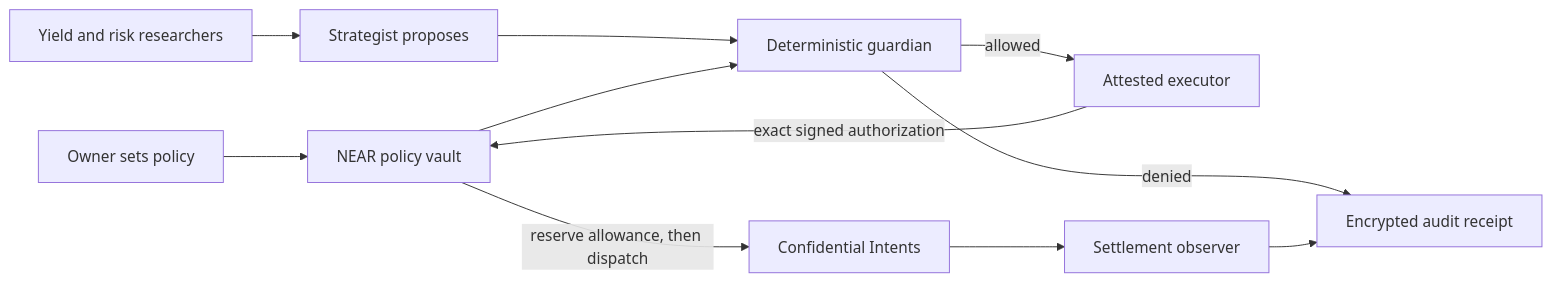
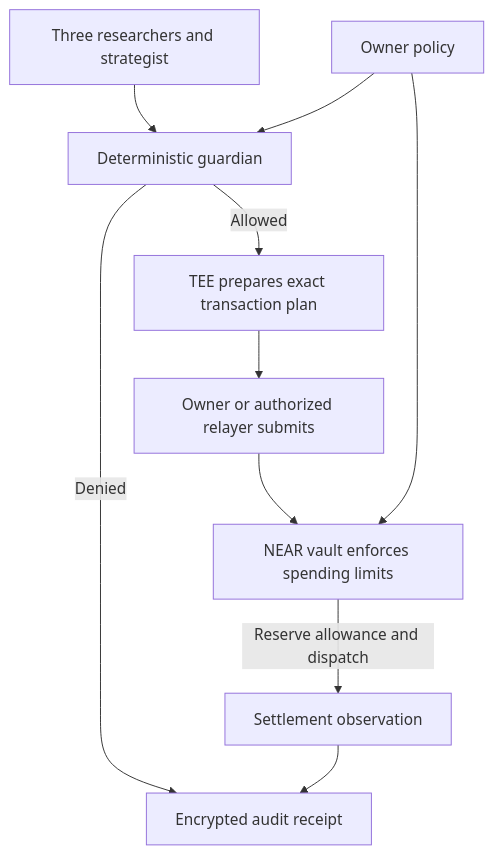
One commit to Agozie180/Neslos changed the diagram in README.md. Above: the diagram before and after it, drawn with Mermaid. The commit also changed other lines of this file and 11 other files, not shown here.

````diff
--- a/README.md
+++ b/README.md
@@ -75,13 +46,12 @@
 ```mermaid
-flowchart LR
-  O[Owner sets policy] --> V[NEAR policy vault]
-  R[Yield and risk researchers] --> S[Strategist proposes]
-  S --> G[Deterministic guardian]
-  V --> G
-  G -->|allowed| T[Attested executor]
-  G -->|denied| A[Encrypted audit receipt]
-  T -->|exact signed authorization| V
-  V -->|reserve allowance, then dispatch| I[Confidential Intents]
-  I --> B[Settlement observer]
-  B --> A
+flowchart TD
+  R[Three researchers and strategist] --> G[Deterministic guardian]
+  P[Owner policy] --> G
+  G -->|Allowed| T[TEE prepares exact transaction plan]
+  G -->|Denied| A[Encrypted audit receipt]
+  T --> O[Owner or authorized relayer submits]
+  O --> V[NEAR vault enforces spending limits]
+  P --> V
+  V -->|Reserve allowance and dispatch| S[Settlement observation]
+  S --> A
 ```
````
